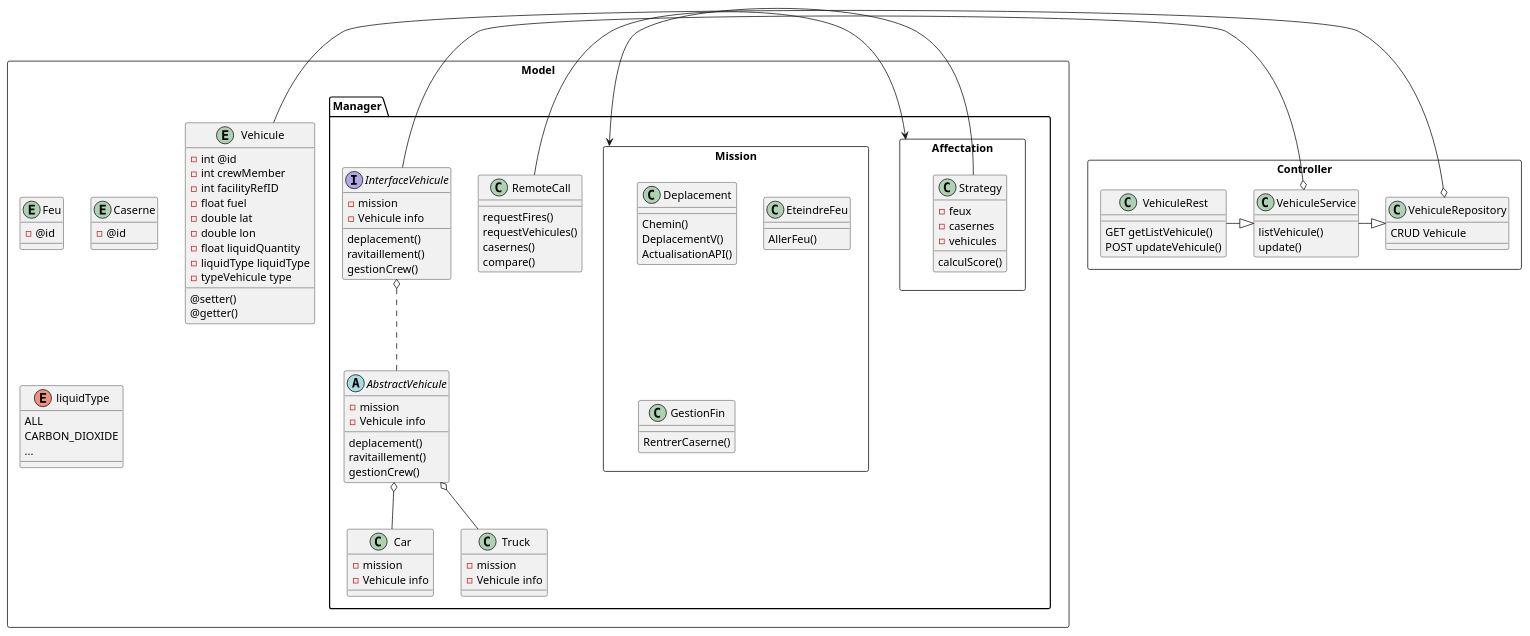
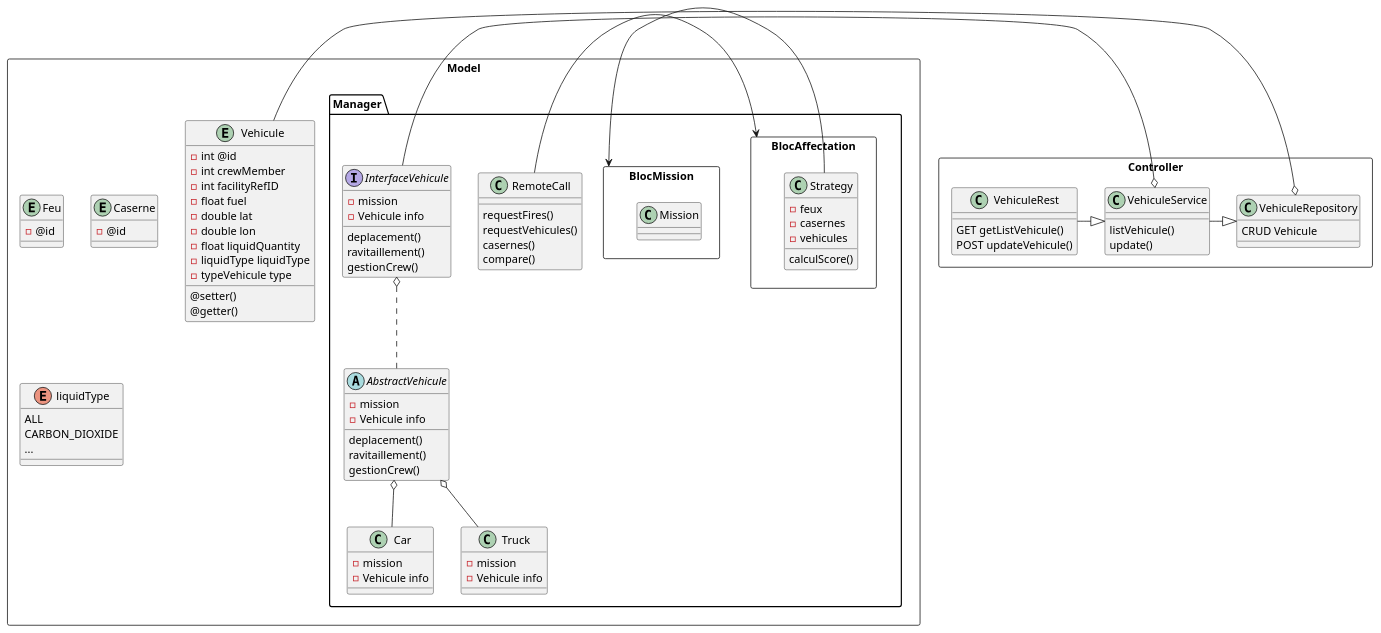
One commit to Elliot-Garcia/Projet_Majeure changed the diagram in architecture.plantuml. Above: the diagram before and after it, drawn with PlantUML.

```diff
--- a/architecture.plantuml
+++ b/architecture.plantuml
@@ -1,125 +1,116 @@
 @startuml
 
 package Model <<Rectangle>> {
     entity Vehicule {
       - int @id
       - int crewMember
       - int facilityRefID
       - float fuel
       - double lat
       - double lon
       - float liquidQuantity
       - liquidType liquidType
       - typeVehicule type
 
       @setter()
       @getter()
     }
 
     entity Feu {
         - @id
     }
     entity Caserne {
         - @id
     }
 
     enum liquidType {
         ALL
         CARBON_DIOXIDE
         ...
     }
 
     package Manager <<Folder>> {
 
         class RemoteCall {
             requestFires()
             requestVehicules()
             casernes()
             compare()
         }
 
-        package Affectation <<rectangle>> {
+        package BlocAffectation <<rectangle>> {
             class Strategy {
                 - feux
                 - casernes
                 - vehicules
                 calculScore()
             }
         }
 
-        package Mission <<rectangle>> {
-            class Deplacement {
-                Chemin()
-                DeplacementV()
-                ActualisationAPI()
-            }
-            class EteindreFeu {
-                AllerFeu()
-            }
-            class GestionFin {
-                RentrerCaserne()
+        package BlocMission <<rectangle>> {
+            class Mission {
             }
         }
 
-        RemoteCall -> Affectation
-        Strategy -> Mission
+        RemoteCall -> BlocAffectation
+        Strategy -> BlocMission
 
         interface InterfaceVehicule {
             - mission
             - Vehicule info
             deplacement()
             ravitaillement()
             gestionCrew()
         }
 
         abstract AbstractVehicule {
             - mission
             - Vehicule info
             deplacement()
             ravitaillement()
             gestionCrew()
         }
 
         class Car {
             - mission
             - Vehicule info
         }
         class Truck {
             - mission
             - Vehicule info
         }
 
         InterfaceVehicule o.. AbstractVehicule
         AbstractVehicule o-- Car
         AbstractVehicule o-- Truck
     }
 
 }
 
 package Controller <<Rectangle>> {
 
     class VehiculeRepository {
         CRUD Vehicule
     }
 
     class VehiculeService {
         listVehicule()
         update()
     }
 
     class VehiculeRest {
         GET getListVehicule()
         POST updateVehicule()
     }
 
     VehiculeRest -|> VehiculeService
     VehiculeService -|> VehiculeRepository
 
     VehiculeRepository o- Vehicule
     VehiculeService o- InterfaceVehicule
 
 }
 
 
 
 @enduml
```
